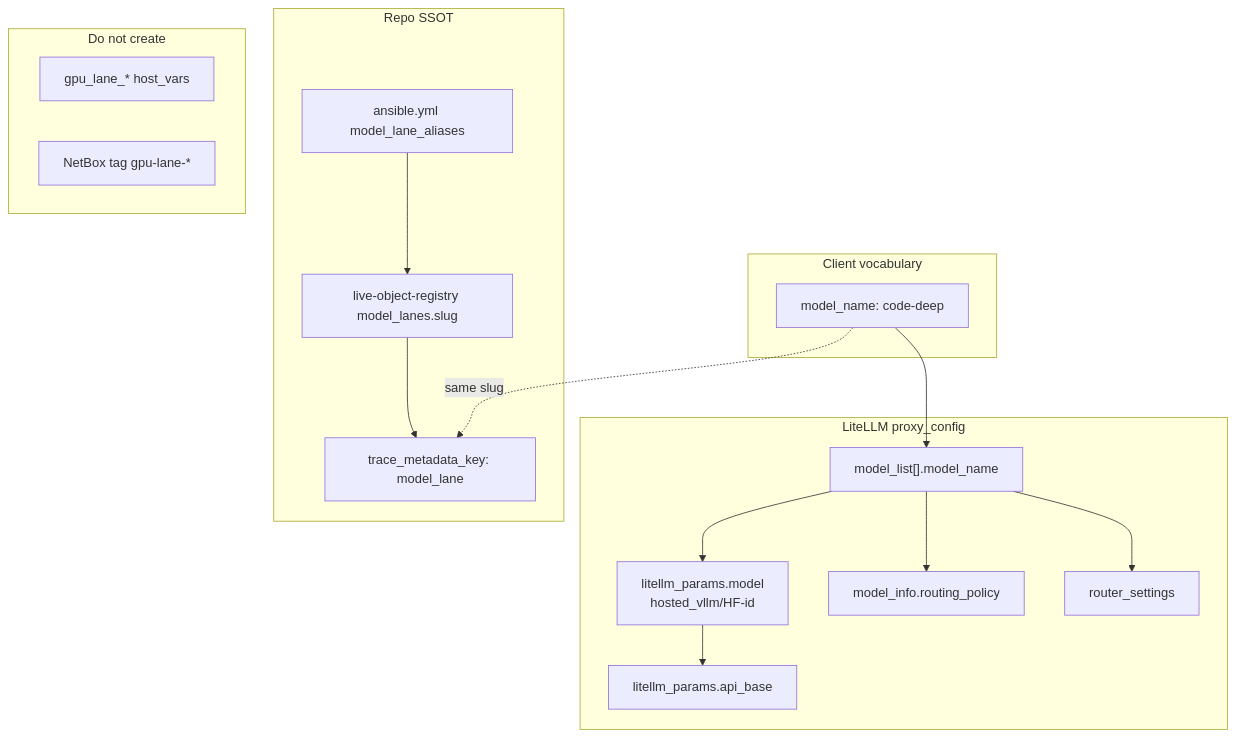
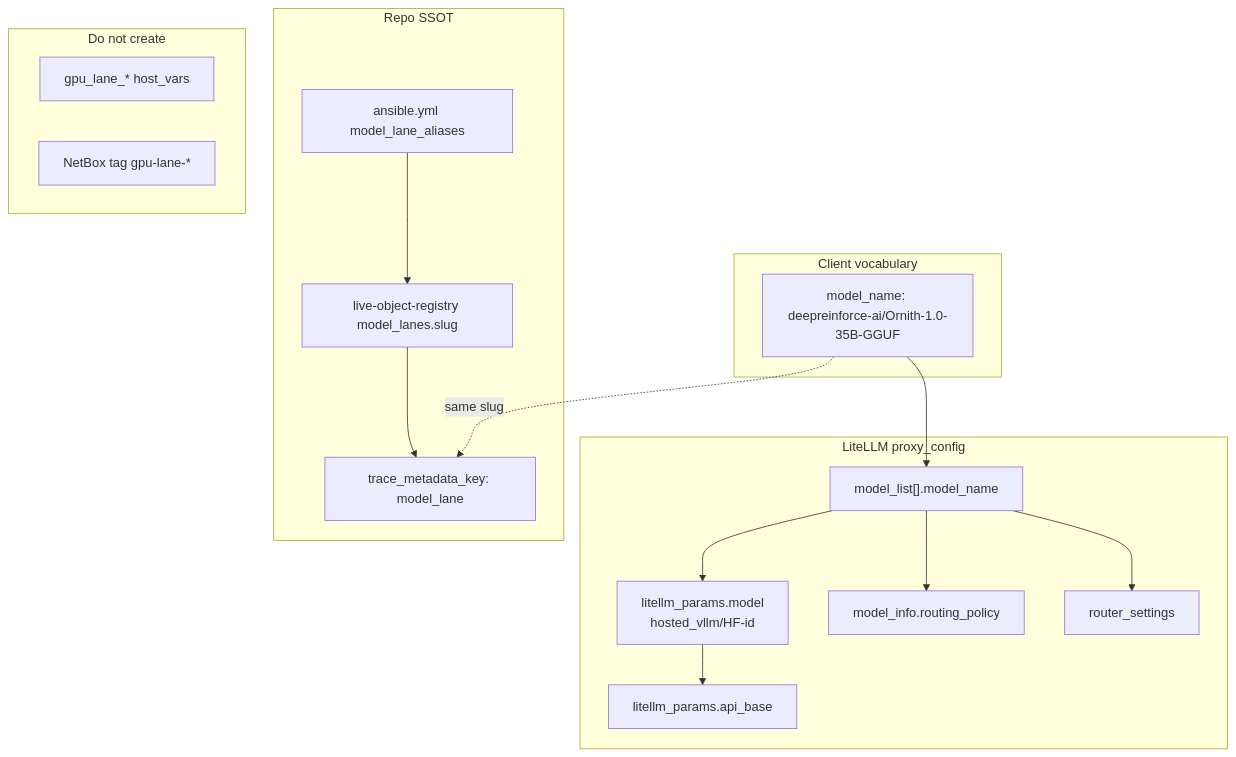
Before and after one commit to doesitscript/dotfile-vnext: the third of 3 diagrams in docs/plans/2026-05-29--ai-litellm-model-lanes-incomplete-wip/README.md, drawn with Mermaid. The commit also changed other lines of this file and 52 other files, not shown here.

````diff
--- a/docs/plans/2026-05-29--ai-litellm-model-lanes-incomplete-wip/README.md
+++ b/docs/plans/2026-05-29--ai-litellm-model-lanes-incomplete-wip/README.md
@@ -116,34 +116,34 @@
 ```mermaid
 graph TB
   subgraph client [Client vocabulary]
-    alias["model_name: code-deep"]
+    alias["model_name: deepreinforce-ai/Ornith-1.0-35B-GGUF"]
   end
 
   subgraph litellm [LiteLLM proxy_config]
     model_list["model_list[].model_name"]
     params["litellm_params.model<br/>hosted_vllm/HF-id"]
     api_base["litellm_params.api_base"]
     model_info["model_info.routing_policy"]
     router["router_settings"]
   end
 
   subgraph schema_ssot [Repo SSOT]
     pattern["ansible.yml model_lane_aliases"]
     row["live-object-registry model_lanes.slug"]
     trace["trace_metadata_key: model_lane"]
   end
 
   subgraph reject [Do not create]
     gpu_lane["gpu_lane_* host_vars"]
     nb_lane_tag["NetBox tag gpu-lane-*"]
   end
 
   alias --> model_list
   model_list --> params
   params --> api_base
   model_list --> model_info
   model_list --> router
   pattern --> row
   row --> trace
   alias -.->|"same slug"| trace
 ```
````
